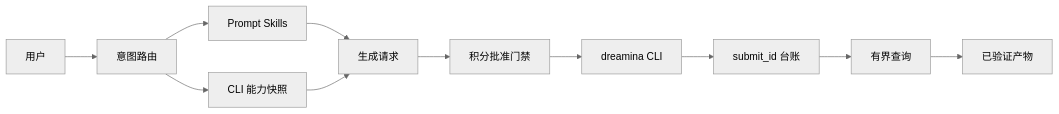
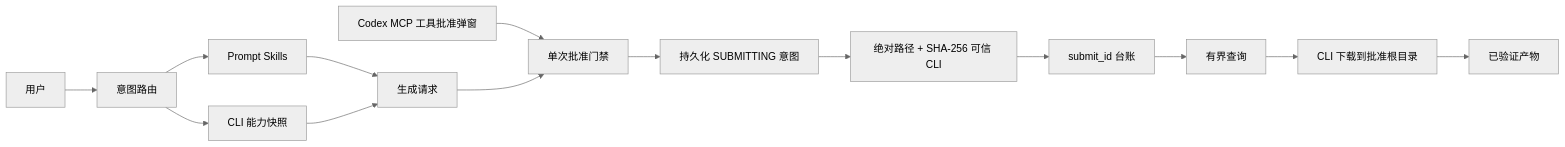
The diagram in docs/Codex-Dreamina-Design-Plugin-Architecture.zh_CN.md (full-aigc-plugins/dreamina-design-plugin), drawn with Mermaid (neutral theme) before and after one commit. The commit also changed other lines of this file and 225 other files, not shown here.

````diff
--- a/docs/Codex-Dreamina-Design-Plugin-Architecture.zh_CN.md
+++ b/docs/Codex-Dreamina-Design-Plugin-Architecture.zh_CN.md
@@ -7,13 +7,16 @@
 ```mermaid
 flowchart LR
     User[用户] --> Router[意图路由]
     Router --> Prompt[Prompt Skills]
     Router --> Capability[CLI 能力快照]
     Prompt --> Request[生成请求]
     Capability --> Request
-    Request --> Approval[积分批准门禁]
-    Approval --> CLI[dreamina CLI]
+    UI[Codex MCP 工具批准弹窗] --> Approval[单次批准门禁]
+    Request --> Approval
+    Approval --> Intent[持久化 SUBMITTING 意图]
+    Intent --> CLI[绝对路径 + SHA-256 可信 CLI]
     CLI --> Ledger[submit_id 台账]
     Ledger --> Query[有界查询]
-    Query --> Artifact[已验证产物]
+    Query --> Download[CLI 下载到批准根目录]
+    Download --> Artifact[已验证产物]
 ```
````
